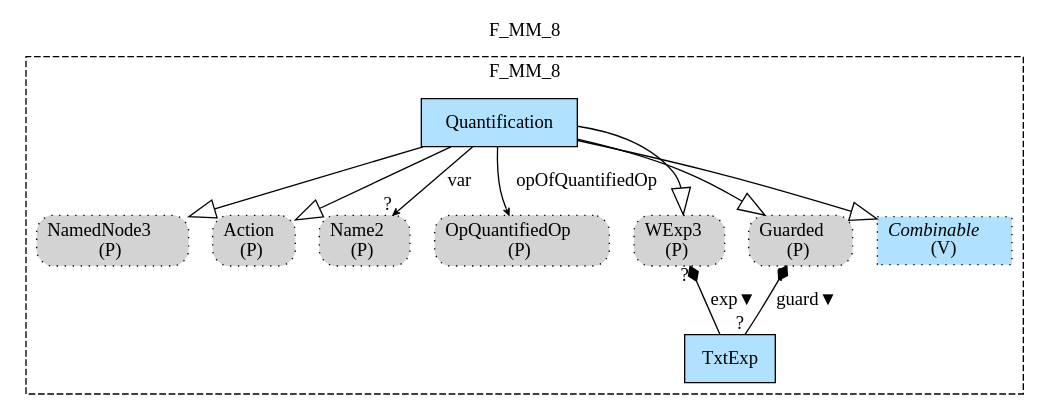
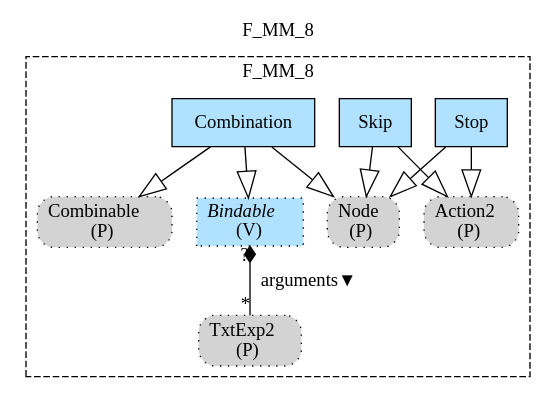
The diagram in Haskell/PCs/MM/img/F_MM_8.gv (namalio/Fragmenta), drawn with Graphviz before and after one commit. The commit also changed 265 other files, not shown here.

```diff
--- a/Haskell/PCs/MM/img/F_MM_8.gv
+++ b/Haskell/PCs/MM/img/F_MM_8.gv
@@ -1,30 +1,26 @@
 digraph {graph[label=F_MM_8,labelloc=tl,labelfontsize=12];
 subgraph cluster_F_MM_8{style=dashed;label=F_MM_8;
-"Quantification"[shape=record,fillcolor=lightskyblue1,style = filled,label="Quantification"];
-"PNamedNode3"[shape=box,fillcolor=lightgray,style ="rounded,filled,dotted",label=<NamedNode3<br/>(P)>];
-"PAction"[shape=box,fillcolor=lightgray,style ="rounded,filled,dotted",label=<Action<br/>(P)>];
-"PName2"[shape=box,fillcolor=lightgray,style ="rounded,filled,dotted",label=<Name2<br/>(P)>];
-"POpQuantifiedOp"[shape=box,fillcolor=lightgray,style ="rounded,filled,dotted",label=<OpQuantifiedOp<br/>(P)>];
-"PWExp3"[shape=box,fillcolor=lightgray,style ="rounded,filled,dotted",label=<WExp3<br/>(P)>];
-"PGuarded"[shape=box,fillcolor=lightgray,style ="rounded,filled,dotted",label=<Guarded<br/>(P)>];
-"TxtExp"[shape=record,fillcolor=lightskyblue1,style = filled,label="TxtExp"];
-"Combinable"[shape=record,fillcolor=lightskyblue1,style ="filled,dotted",label=<{<I>Combinable</I><br/>(V)}>];
+"PNode"[shape=box,fillcolor=lightgray,style ="rounded,filled,dotted",label=<Node<br/>(P)>];
+"PAction2"[shape=box,fillcolor=lightgray,style ="rounded,filled,dotted",label=<Action2<br/>(P)>];
+"PCombinable"[shape=box,fillcolor=lightgray,style ="rounded,filled,dotted",label=<Combinable<br/>(P)>];
+"PTxtExp2"[shape=box,fillcolor=lightgray,style ="rounded,filled,dotted",label=<TxtExp2<br/>(P)>];
+"Stop"[shape=record,fillcolor=lightskyblue1,style = filled,label="Stop"];
+"Skip"[shape=record,fillcolor=lightskyblue1,style = filled,label="Skip"];
+"Combination"[shape=record,fillcolor=lightskyblue1,style = filled,label="Combination"];
+"Bindable"[shape=record,fillcolor=lightskyblue1,style ="filled,dotted",label=<{<I>Bindable</I><br/>(V)}>];
 
-"Quantification"->"PNamedNode3"[arrowhead=onormal,arrowsize=2.0];
-"Quantification"->"PAction"[arrowhead=onormal,arrowsize=2.0];
-"Quantification"->"PWExp3"[arrowhead=onormal,arrowsize=2.0];
-"Quantification"->"PGuarded"[arrowhead=onormal,arrowsize=2.0];
-"Quantification"->"Combinable"[arrowhead=onormal,arrowsize=2.0];
-"Quantification"->"PName2"[label="var",arrowhead=vee,headlabel="?",arrowsize=.5];
-"Quantification"->"POpQuantifiedOp"[label="opOfQuantifiedOp",arrowhead=vee,headlabel="",arrowsize=.5];
-"PWExp3"->"TxtExp"[label="exp▼",arrowtail=diamond,arrowhead=none,dir=both,taillabel="?",headlabel=""];
-"PGuarded"->"TxtExp"[label="guard▼",arrowtail=diamond,arrowhead=none,dir=both,taillabel="?",headlabel="?"];
+"Stop"->"PNode"[arrowhead=onormal,arrowsize=2.0];
+"Skip"->"PNode"[arrowhead=onormal,arrowsize=2.0];
+"Combination"->"PNode"[arrowhead=onormal,arrowsize=2.0];
+"Stop"->"PAction2"[arrowhead=onormal,arrowsize=2.0];
+"Skip"->"PAction2"[arrowhead=onormal,arrowsize=2.0];
+"Combination"->"PCombinable"[arrowhead=onormal,arrowsize=2.0];
+"Combination"->"Bindable"[arrowhead=onormal,arrowsize=2.0];
+"Bindable"->"PTxtExp2"[label="arguments▼",arrowtail=diamond,arrowhead=none,dir=both,taillabel="?",headlabel="*"];
 
 }
 
 
 
 
-
-
 }
```
